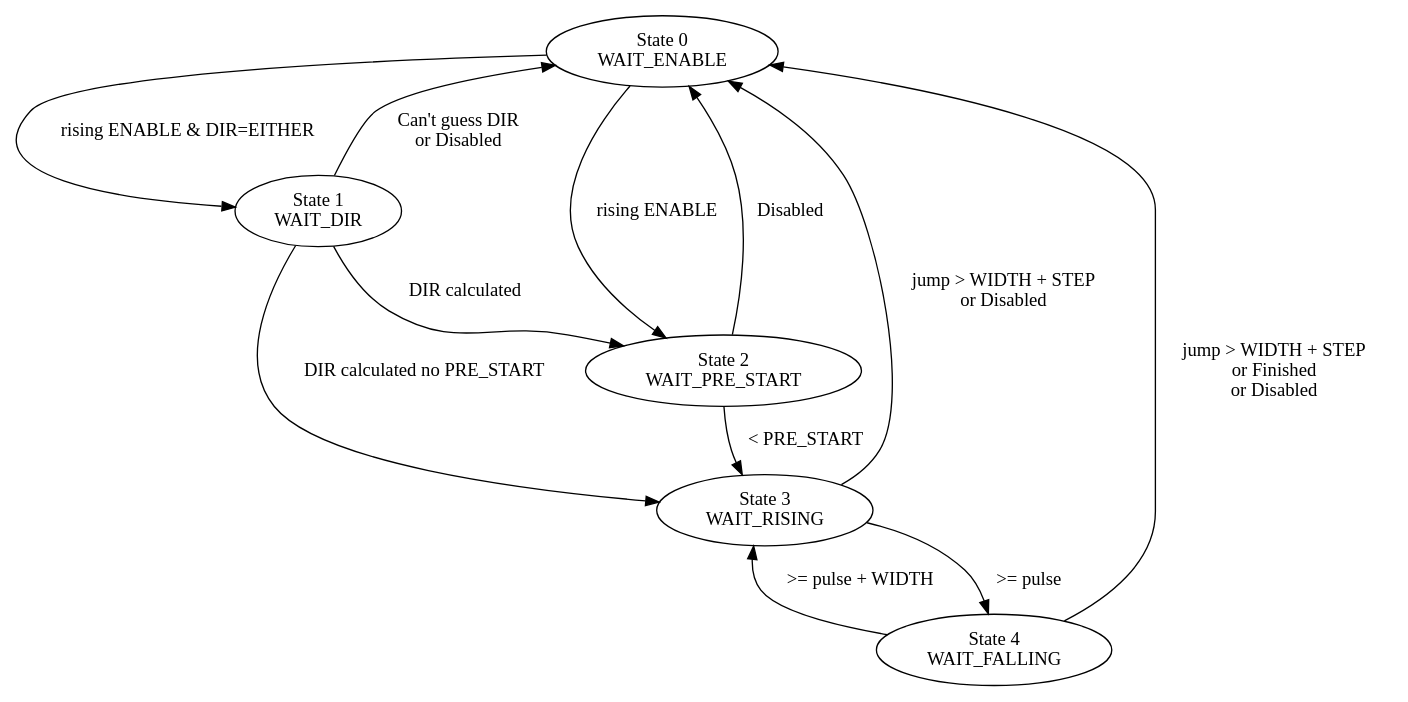
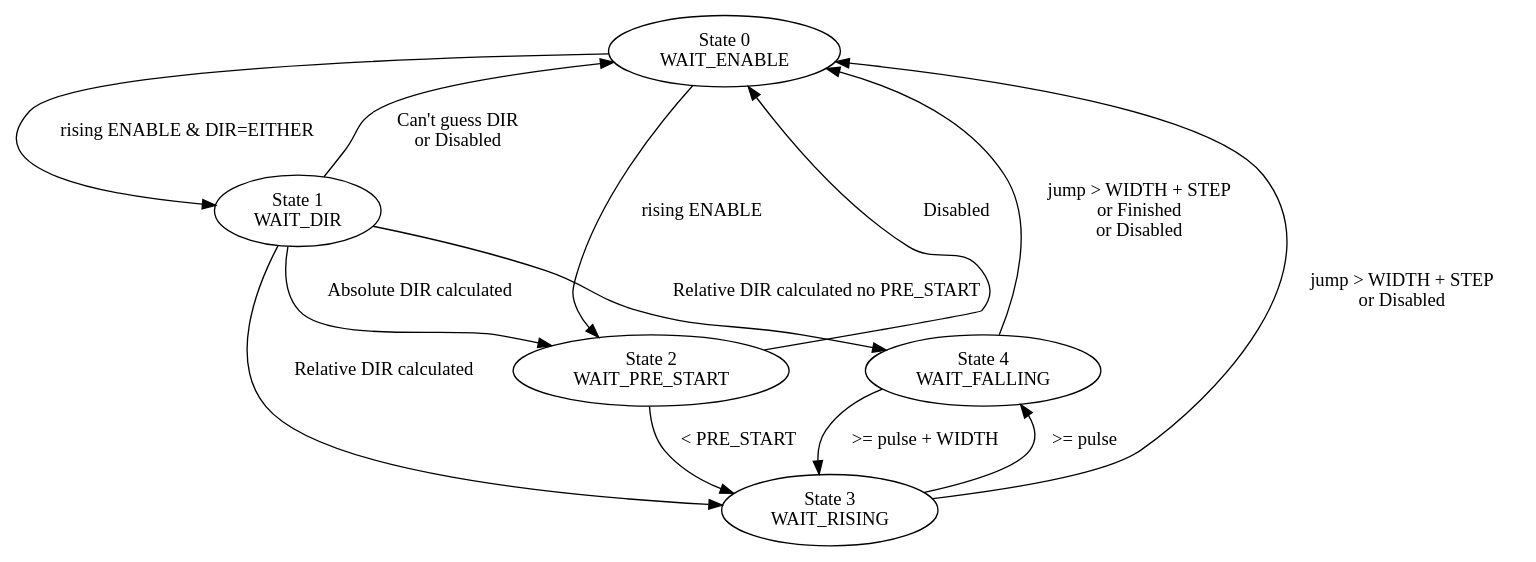
One commit to PandABlocks/PandABlocks-FPGA changed the diagram in docs/blocks/pcomp.rst. Above: the diagram before and after it, drawn with Graphviz. The commit also changed 2 other files, not shown here.

Commit message:
Modify PCOMP sim to look a bit more like a VHDL FSM

```diff
--- a/docs/blocks/pcomp.rst
+++ b/docs/blocks/pcomp.rst
@@ -88,23 +88,24 @@
 .. digraph:: pcomp_sm
 
     WAIT_ENABLE [label="State 0\nWAIT_ENABLE"]
     WAIT_DIR [label="State 1\nWAIT_DIR"]
     WAIT_PRE_START [label="State 2\nWAIT_PRE_START"]
     WAIT_RISING [label="State 3\nWAIT_RISING"]
     WAIT_FALLING [label="State 4\nWAIT_FALLING"]
 
     WAIT_ENABLE -> WAIT_DIR [label=" rising ENABLE & DIR=EITHER "]
     WAIT_ENABLE -> WAIT_PRE_START [label=" rising ENABLE "]
 
     WAIT_DIR -> WAIT_ENABLE [label=" Can't guess DIR \n or Disabled "]
-    WAIT_DIR -> WAIT_PRE_START [label=" DIR calculated "]
-    WAIT_DIR -> WAIT_RISING [label=" DIR calculated no PRE_START "]
+    WAIT_DIR -> WAIT_PRE_START [label=" Absolute DIR calculated "]
+    WAIT_DIR -> WAIT_RISING [label=" Relative DIR calculated "]
+    WAIT_DIR -> WAIT_FALLING [label=" Relative DIR calculated no PRE_START"]    
 
     WAIT_PRE_START -> WAIT_ENABLE [label=" Disabled "]
     WAIT_PRE_START -> WAIT_RISING [label=" < PRE_START "]
 
     WAIT_RISING -> WAIT_ENABLE [label=" jump > WIDTH + STEP \n or Disabled "]
     WAIT_RISING -> WAIT_FALLING [label=" >= pulse "]
 
     WAIT_FALLING -> WAIT_ENABLE [label=" jump > WIDTH + STEP \n or Finished \n or Disabled"]
     WAIT_FALLING -> WAIT_RISING [label=" >= pulse + WIDTH "]
```
